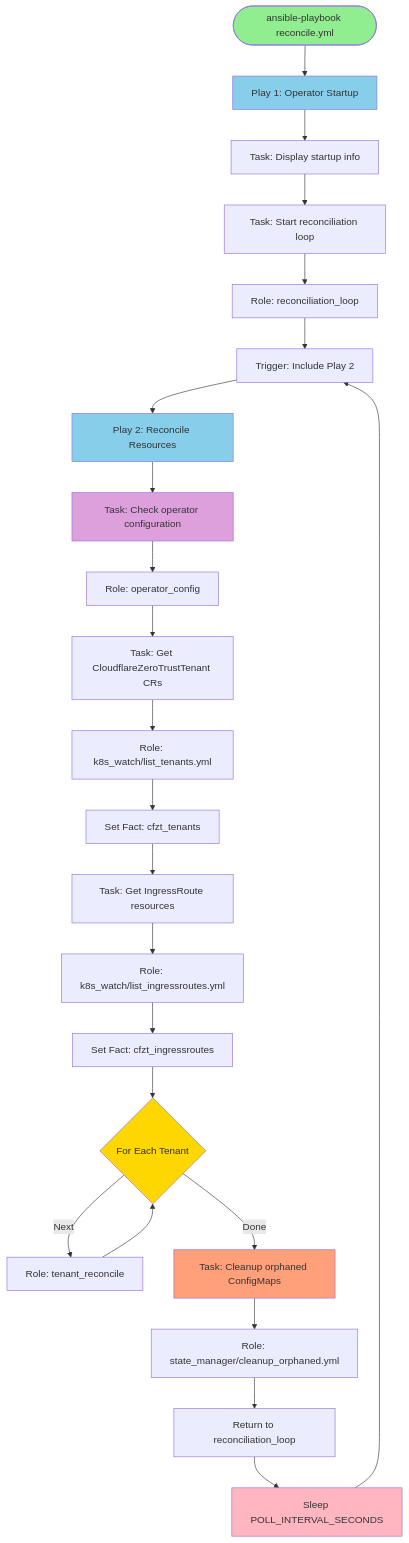
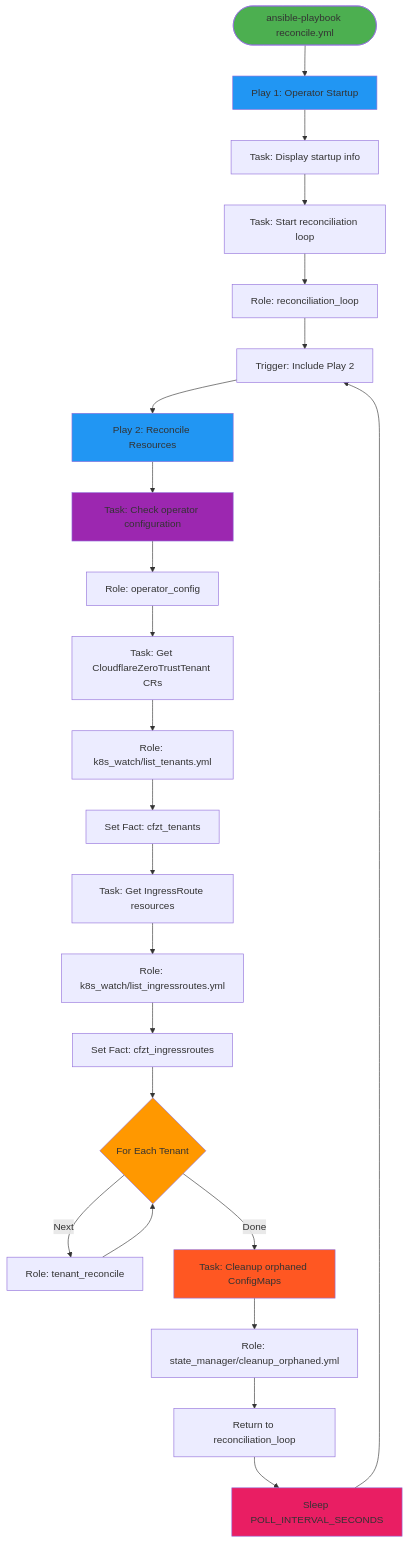
One commit to wheetazlab/cloudflare-zero-trust-operator changed the third of 20 diagrams in docs/flow.md. Above: the diagram before and after it, drawn with Mermaid. The commit also changed other lines of this file and 1 other file, not shown here.

First line of the commit message:
fix: Replace light colors in mermaid diagrams with darker, more readable colors

````diff
--- a/docs/flow.md
+++ b/docs/flow.md
@@ -369,45 +369,45 @@
 ```mermaid
 flowchart TD
     START([ansible-playbook reconcile.yml]) --> PLAY1[Play 1: Operator Startup]
     
     PLAY1 --> TASK1[Task: Display startup info]
     TASK1 --> TASK2[Task: Start reconciliation loop]
     
     TASK2 --> LOOP_ROLE[Role: reconciliation_loop]
     
     LOOP_ROLE --> TRIGGER[Trigger: Include Play 2]
     
     TRIGGER --> PLAY2[Play 2: Reconcile Resources]
     
     PLAY2 --> OP_CONFIG[Task: Check operator configuration]
     OP_CONFIG --> ROLE_OP_CONFIG[Role: operator_config]
     ROLE_OP_CONFIG --> K8S_TENANTS[Task: Get CloudflareZeroTrustTenant CRs]
     
     K8S_TENANTS --> ROLE_K8S_T[Role: k8s_watch/list_tenants.yml]
     ROLE_K8S_T --> SET_TENANTS[Set Fact: cfzt_tenants]
     
     SET_TENANTS --> K8S_IR[Task: Get IngressRoute resources]
     K8S_IR --> ROLE_K8S_IR[Role: k8s_watch/list_ingressroutes.yml]
     ROLE_K8S_IR --> SET_IR[Set Fact: cfzt_ingressroutes]
     
     SET_IR --> TENANT_LOOP{For Each Tenant}
     
     TENANT_LOOP -->|Next| ROLE_RECON[Role: tenant_reconcile]
     TENANT_LOOP -->|Done| CLEANUP[Task: Cleanup orphaned ConfigMaps]
     
     ROLE_RECON --> TENANT_LOOP
     
     CLEANUP --> ROLE_CLEANUP[Role: state_manager/cleanup_orphaned.yml]
     ROLE_CLEANUP --> RETURN[Return to reconciliation_loop]
     
     RETURN --> SLEEP[Sleep POLL_INTERVAL_SECONDS]
     SLEEP --> TRIGGER
     
-    style START fill:#90EE90
-    style PLAY1 fill:#87CEEB
-    style PLAY2 fill:#87CEEB
-    style OP_CONFIG fill:#DDA0DD
-    style TENANT_LOOP fill:#FFD700
-    style CLEANUP fill:#FFA07A
-    style SLEEP fill:#FFB6C1
+    style START fill:#4CAF50
+    style PLAY1 fill:#2196F3
+    style PLAY2 fill:#2196F3
+    style OP_CONFIG fill:#9C27B0
+    style TENANT_LOOP fill:#FF9800
+    style CLEANUP fill:#FF5722
+    style SLEEP fill:#E91E63
 ```
````
